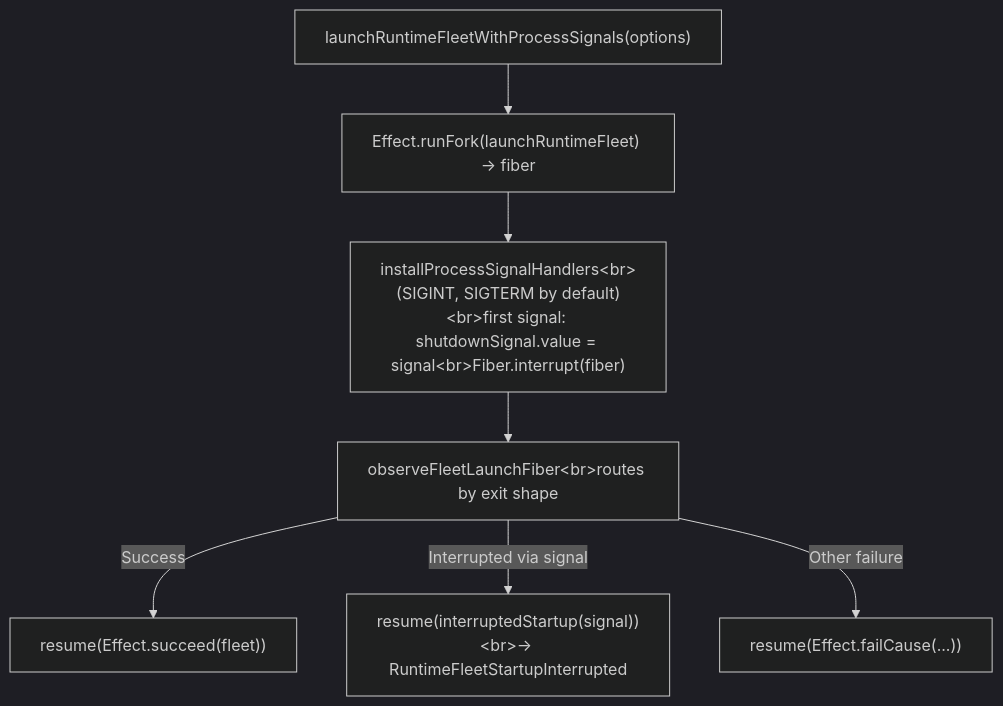
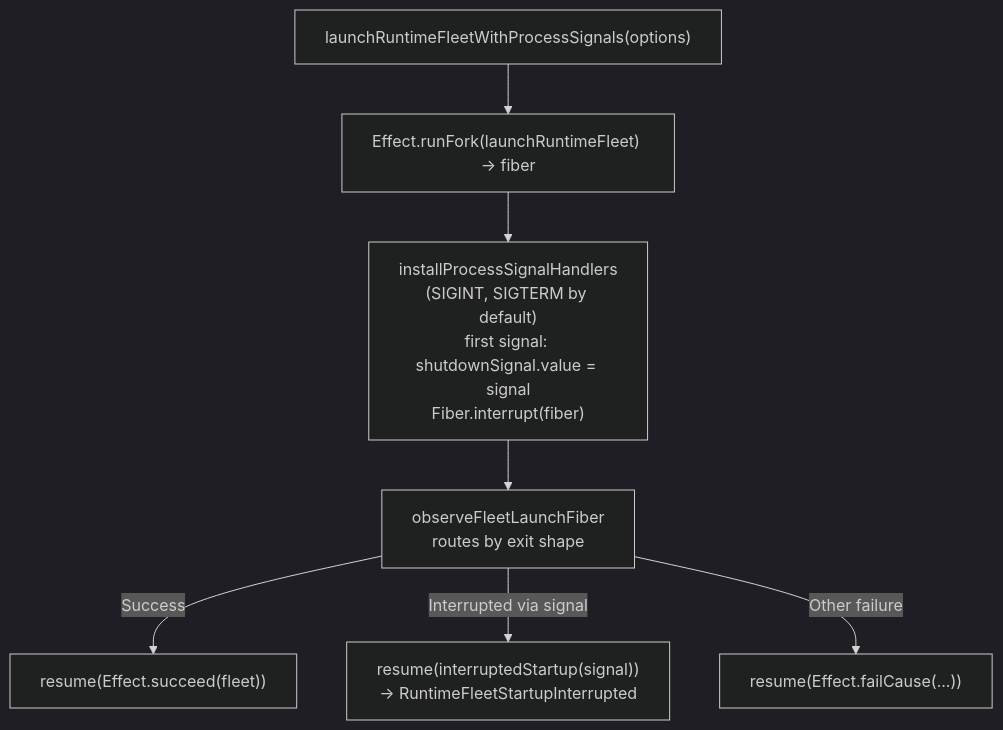
The fifth of 8 diagrams in packages/runtimes/src/MODULE.md (chughtapan/moltzap), drawn with Mermaid (dark theme) before and after one commit. The commit also changed other lines of this file and 33 other files, not shown here.

First line of the commit message:
docs(mermaid): use literal <br> in JSDoc sequence/state diagrams; drop dead inferConversationType test

````diff
--- a/packages/runtimes/src/MODULE.md
+++ b/packages/runtimes/src/MODULE.md
@@ -260,10 +260,10 @@
 ```mermaid
 flowchart TD
   LRFPS["launchRuntimeFleetWithProcessSignals(options)"]
   LRFPS --> FORK["Effect.runFork(launchRuntimeFleet) → fiber"]
-  FORK --> SIGS["installProcessSignalHandlers&lt;br>(SIGINT, SIGTERM by default)&lt;br>first signal: shutdownSignal.value = signal&lt;br>Fiber.interrupt(fiber)"]
-  SIGS --> OBS["observeFleetLaunchFiber&lt;br>routes by exit shape"]
+  FORK --> SIGS["installProcessSignalHandlers<br>(SIGINT, SIGTERM by default)<br>first signal: shutdownSignal.value = signal<br>Fiber.interrupt(fiber)"]
+  SIGS --> OBS["observeFleetLaunchFiber<br>routes by exit shape"]
   OBS -->|Success| OK["resume(Effect.succeed(fleet))"]
-  OBS -->|Interrupted via signal| INT["resume(interruptedStartup(signal))&lt;br>→ RuntimeFleetStartupInterrupted"]
+  OBS -->|Interrupted via signal| INT["resume(interruptedStartup(signal))<br>→ RuntimeFleetStartupInterrupted"]
   OBS -->|Other failure| ERR["resume(Effect.failCause(...))"]
 ```
````
